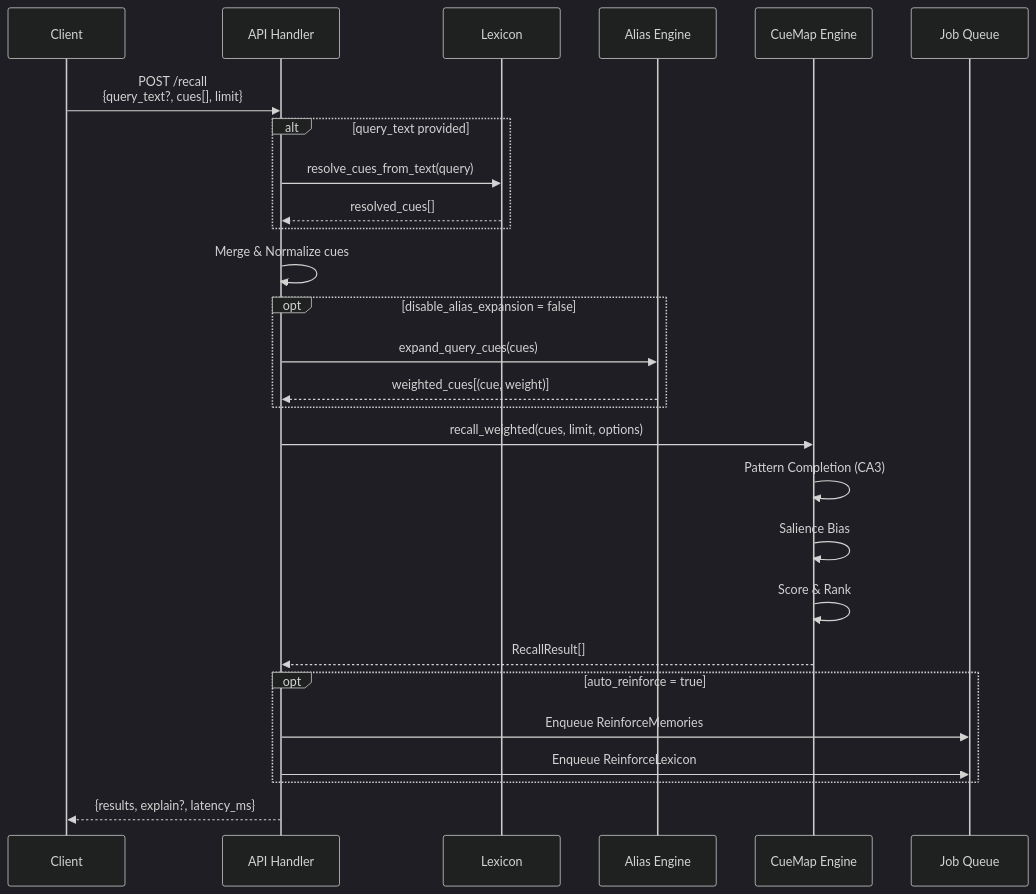
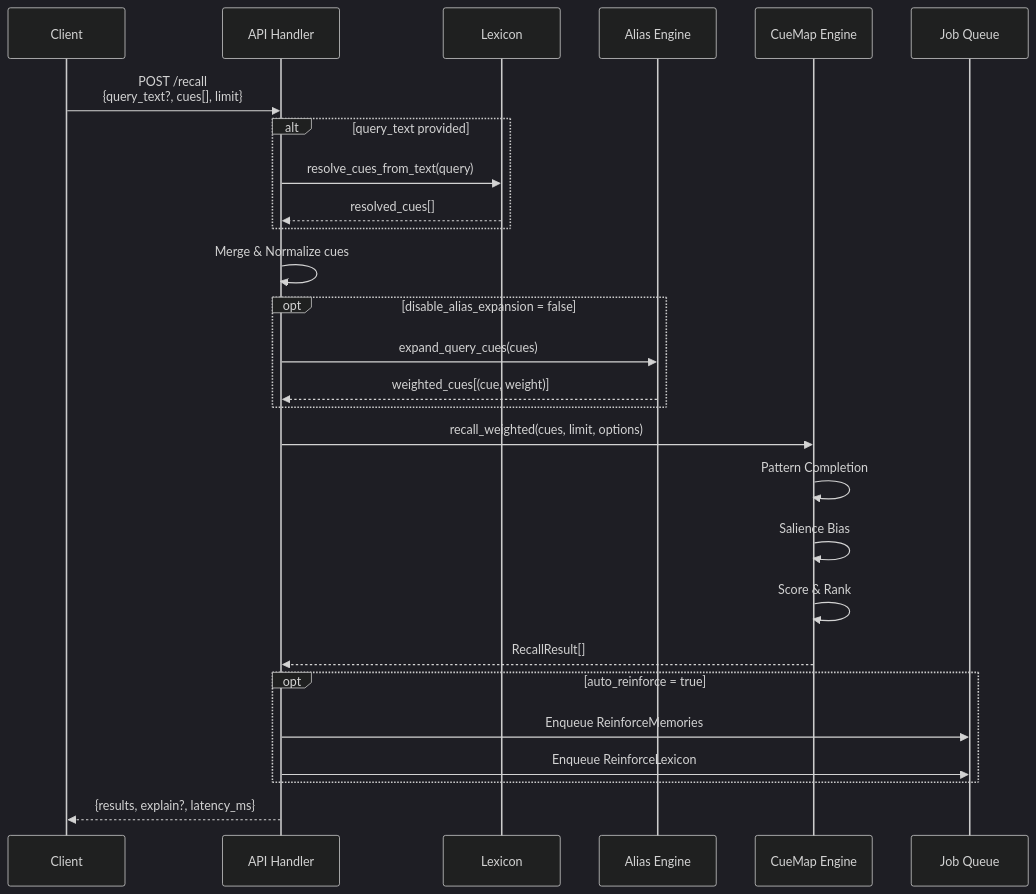
Before and after one commit to cuemap-dev/cuemap: the third of 6 diagrams in README.md, drawn with Mermaid (dark theme). The commit also changed other lines of this file and 17 other files, not shown here.

````diff
--- a/README.md
+++ b/README.md
@@ -821,37 +843,37 @@
 ```mermaid
 sequenceDiagram
     participant C as Client
     participant API as API Handler
     participant Lex as Lexicon
     participant Alias as Alias Engine
     participant Main as CueMap Engine
     participant Q as Job Queue
     
     C->>API: POST /recall<br/>{query_text?, cues[], limit}
     
     alt query_text provided
         API->>Lex: resolve_cues_from_text(query)
         Lex-->>API: resolved_cues[]
     end
     
     API->>API: Merge & Normalize cues
     
     opt disable_alias_expansion = false
         API->>Alias: expand_query_cues(cues)
         Alias-->>API: weighted_cues[(cue, weight)]
     end
     
     API->>Main: recall_weighted(cues, limit, options)
-    Main->>Main: Pattern Completion (CA3)
+    Main->>Main: Pattern Completion
     Main->>Main: Salience Bias
     Main->>Main: Score & Rank
     
     Main-->>API: RecallResult[]
     
     opt auto_reinforce = true
         API->>Q: Enqueue ReinforceMemories
         API->>Q: Enqueue ReinforceLexicon
     end
     
     API-->>C: {results, explain?, latency_ms}
 ```
````
